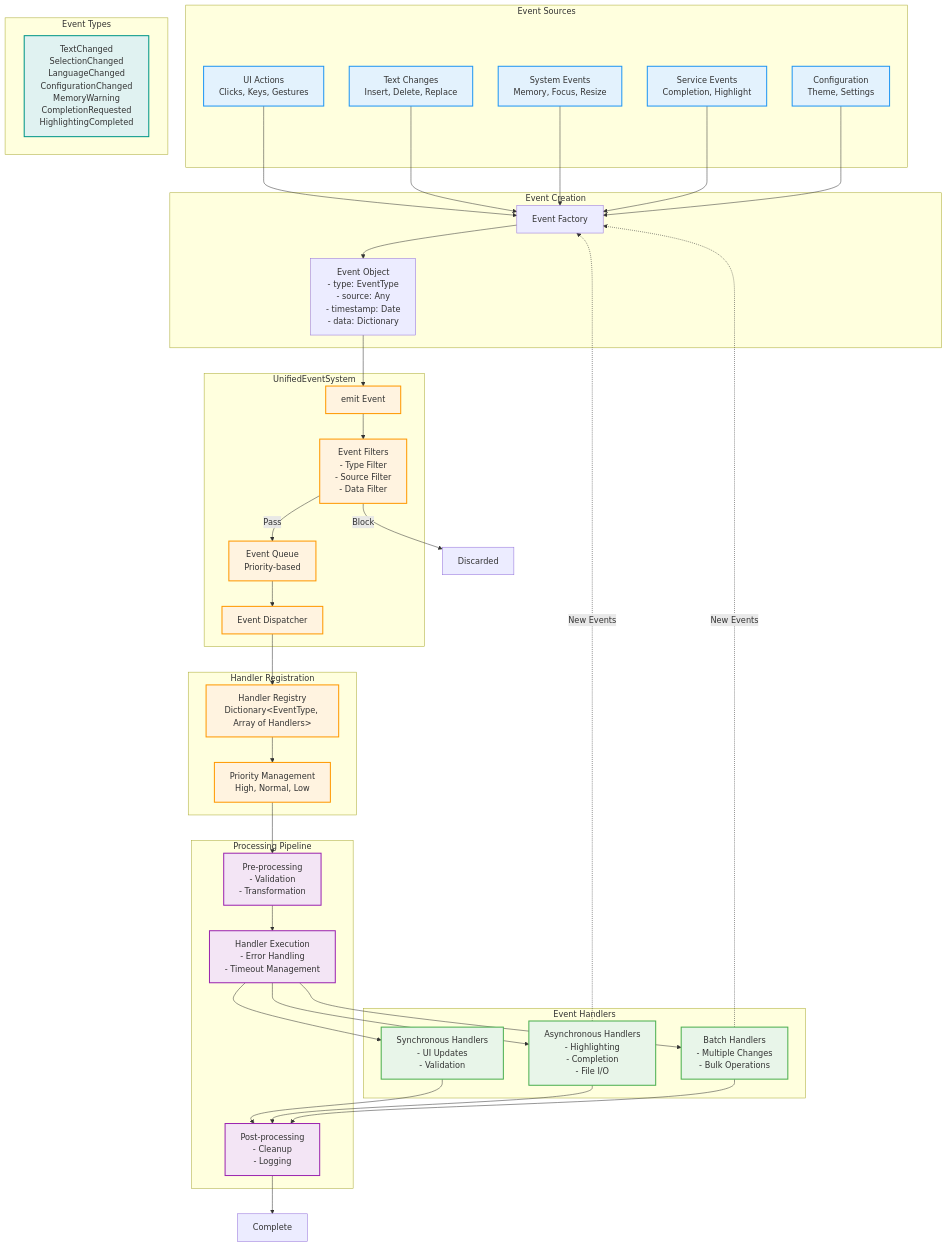
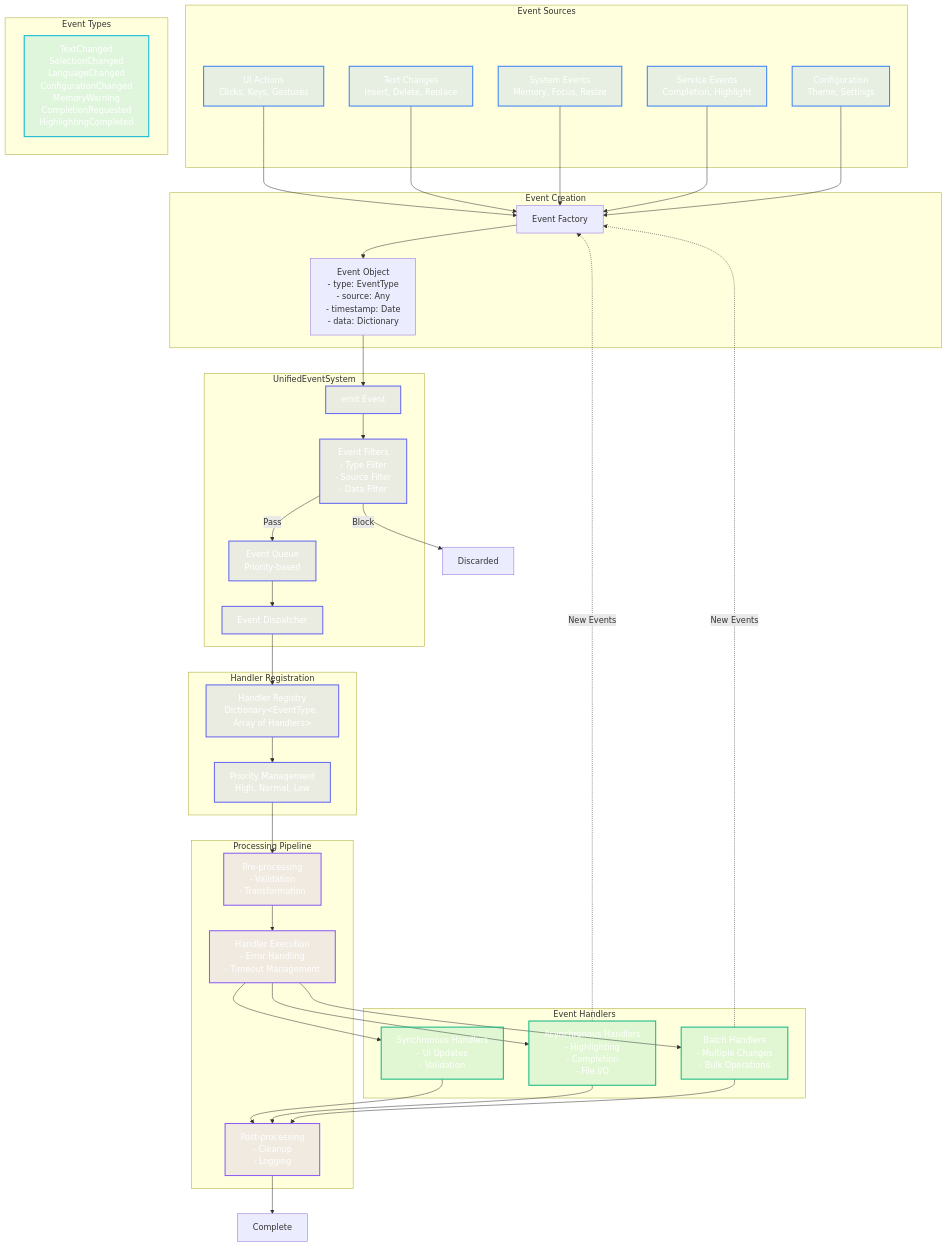
The diagram in Diagrams/05-event-system-flow.md (ajmcclary/CodeEditorKit), drawn with Mermaid before and after one commit. The commit also changed 9 other files, not shown here.

Commit message:
refactor: Update diagrams for dark mode compatibility with new color schemes

```diff
--- a/Diagrams/05-event-system-flow.md
+++ b/Diagrams/05-event-system-flow.md
@@ -88,12 +88,12 @@
     ASYNC -.->|New Events| CREATE
     BATCH -.->|New Events| CREATE
 
-    %% Styling
-    classDef source fill:#e3f2fd,stroke:#2196f3,stroke-width:2px
-    classDef system fill:#fff3e0,stroke:#ff9800,stroke-width:2px
-    classDef handler fill:#e8f5e9,stroke:#4caf50,stroke-width:2px
-    classDef process fill:#f3e5f5,stroke:#9c27b0,stroke-width:2px
-    classDef types fill:#e0f2f1,stroke:#009688,stroke-width:2px
+    %% Styling - Dark mode friendly colors
+    classDef source fill:#3b82f620,stroke:#3b82f6,stroke-width:2px,color:#fff
+    classDef system fill:#6366f120,stroke:#6366f1,stroke-width:2px,color:#fff
+    classDef handler fill:#10b98120,stroke:#10b981,stroke-width:2px,color:#fff
+    classDef process fill:#8b5cf620,stroke:#8b5cf6,stroke-width:2px,color:#fff
+    classDef types fill:#06b6d420,stroke:#06b6d4,stroke-width:2px,color:#fff
     
     class UI,TEXT,SYS,SERV,CONF source
     class EMIT,FILTER,QUEUE,DISPATCH,REG,PRIORITY system
```
